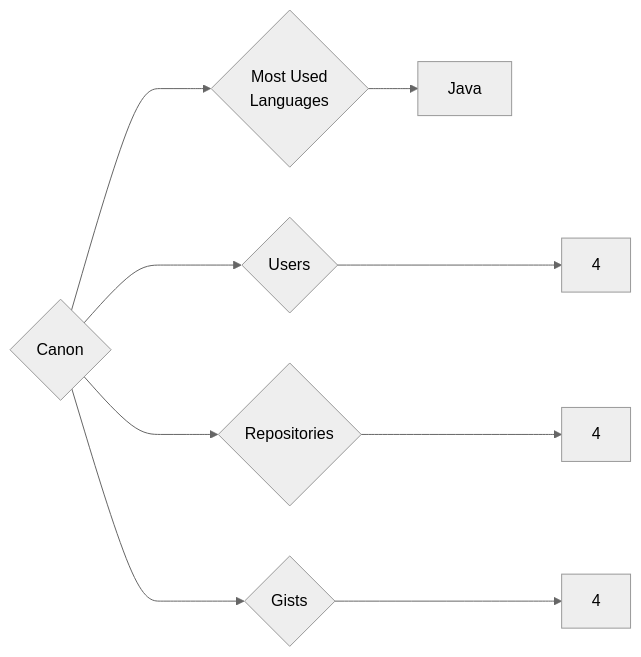
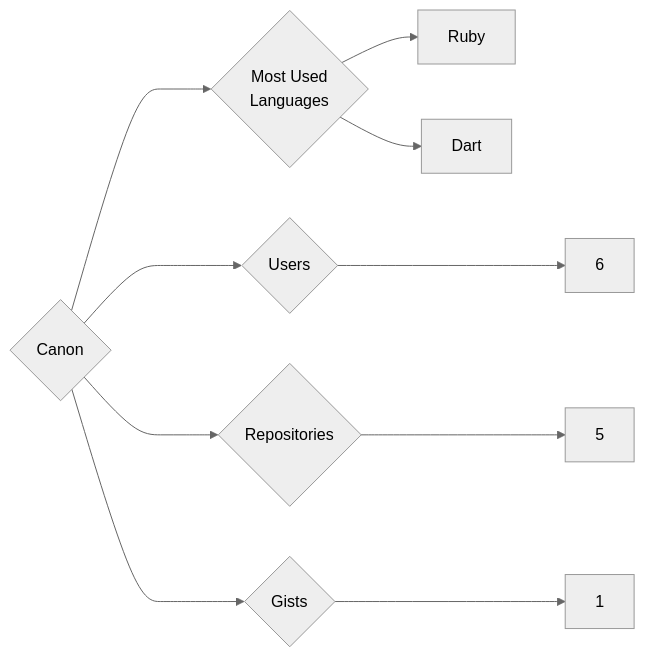
The diagram in targets/Canon/README.md (trickest/insiders), drawn with Mermaid (neutral theme) before and after one commit. The commit also changed 873 other files, not shown here.

````diff
--- a/targets/Canon/README.md
+++ b/targets/Canon/README.md
@@ -3,9 +3,10 @@
 ```mermaid
 graph LR
 COMPANY_NAME{Canon}
-COMPANY_NAME ---> U{Users} ---> UN[4]
-COMPANY_NAME ---> R{Repositories} ---> RN[4]
-COMPANY_NAME ---> G{Gists} ---> GN[4]
+COMPANY_NAME ---> U{Users} ---> UN[6]
+COMPANY_NAME ---> R{Repositories} ---> RN[5]
+COMPANY_NAME ---> G{Gists} ---> GN[1]
 COMPANY_NAME ---> ML{Most Used<br>Languages}
-ML --> Java[Java]
+ML --> Ruby[Ruby]
+ML --> Dart[Dart]
 ```
````
